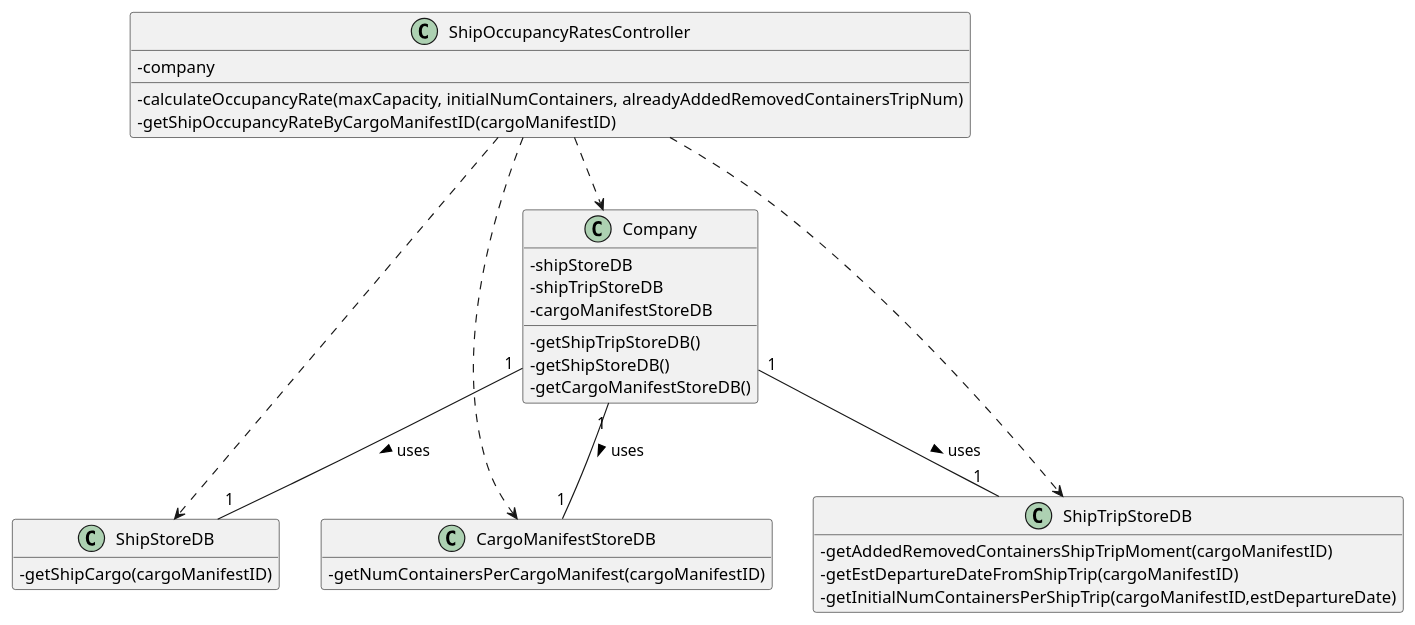
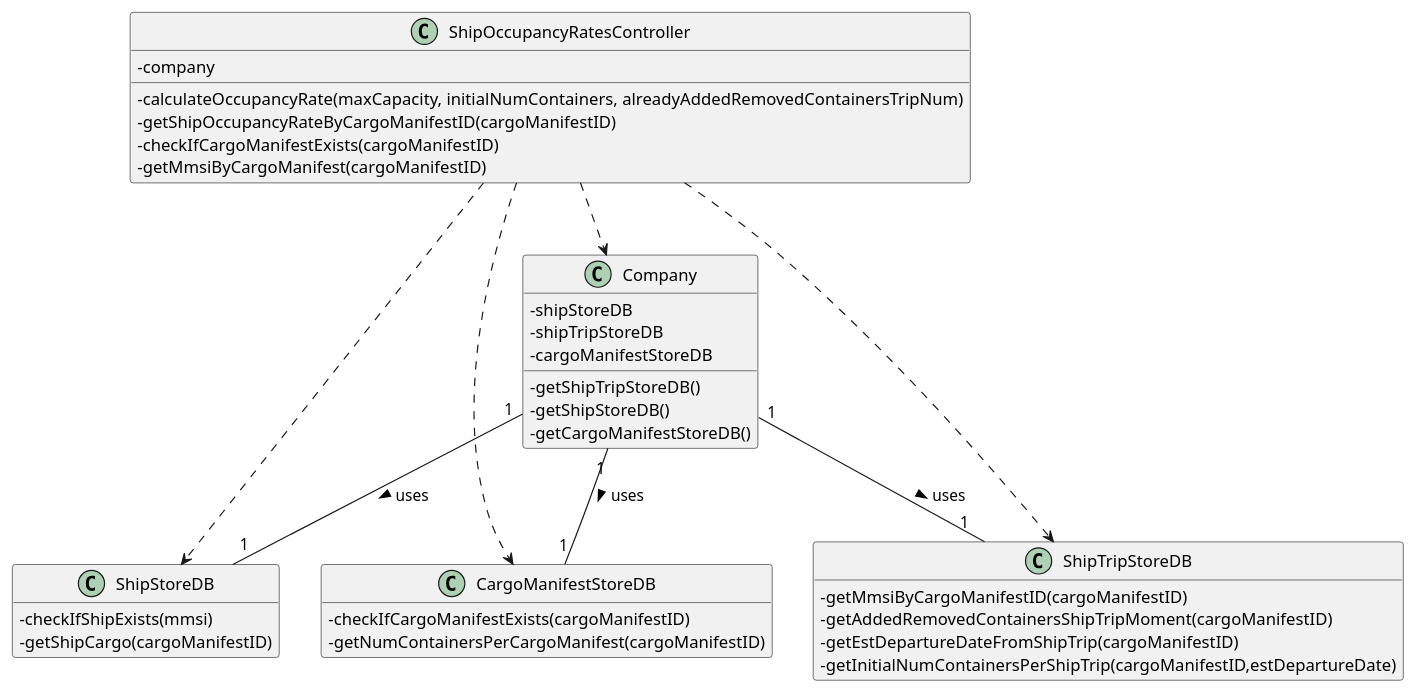
The diagram in docs/US208/US_208_CD.puml (ana-albergaria/LAPR3-ISEP), drawn with PlantUML before and after one commit. The commit also changed 5 other files, not shown here.

```diff
--- a/docs/US208/US_208_CD.puml
+++ b/docs/US208/US_208_CD.puml
@@ -1,45 +1,50 @@
 @startuml
 
 hide empty methods
 hide empty attributes
 'left to right direction
 skinparam classAttributeIconSize 0
 
 class ShipOccupancyRatesController{
 - company
 - calculateOccupancyRate(maxCapacity, initialNumContainers, alreadyAddedRemovedContainersTripNum)
 - getShipOccupancyRateByCargoManifestID(cargoManifestID)
+- checkIfCargoManifestExists(cargoManifestID)
+- getMmsiByCargoManifest(cargoManifestID)
 }
 
 class ShipStoreDB{
+- checkIfShipExists(mmsi)
 - getShipCargo(cargoManifestID)
 }
 
 class ShipTripStoreDB{
+- getMmsiByCargoManifestID(cargoManifestID)
 - getAddedRemovedContainersShipTripMoment(cargoManifestID)
 - getEstDepartureDateFromShipTrip(cargoManifestID)
 - getInitialNumContainersPerShipTrip(cargoManifestID,estDepartureDate)
 }
 
 class CargoManifestStoreDB{
+- checkIfCargoManifestExists(cargoManifestID)
 - getNumContainersPerCargoManifest(cargoManifestID)
 }
 
 class Company{
 - shipStoreDB
 - shipTripStoreDB
 - cargoManifestStoreDB
 - getShipTripStoreDB()
 - getShipStoreDB()
 - getCargoManifestStoreDB()
 }
 
 ShipOccupancyRatesController ..> Company
 ShipOccupancyRatesController ..> ShipStoreDB
 ShipOccupancyRatesController ..> ShipTripStoreDB
 ShipOccupancyRatesController ..> CargoManifestStoreDB
 Company "1" -- "1" ShipStoreDB : uses >
 Company "1" -- "1" ShipTripStoreDB : uses >
 Company "1" -- "1" CargoManifestStoreDB : uses >
 
 @enduml
```
